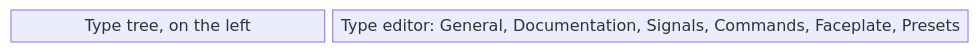
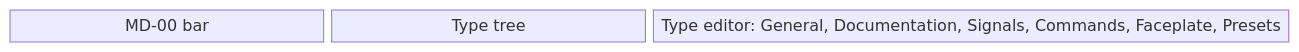
Before and after one commit to AlexandreGallais/synoptic-studio-spec: the first of 13 diagrams in screens/metadata.md, drawn with Mermaid. The commit also changed other lines of this file and 20 other files, not shown here.

````diff
--- a/screens/metadata.md
+++ b/screens/metadata.md
@@ -13,5 +28,5 @@
 ```mermaid
 block-beta
-    columns 3
-    tree["Type tree, on the left"] editor["Type editor: General, Documentation, Signals, Commands, Faceplate, Presets"]:2
+    columns 4
+    rail["MD-00 bar"] tree["Type tree"] editor["Type editor: General, Documentation, Signals, Commands, Faceplate, Presets"]:2
 ```
````
